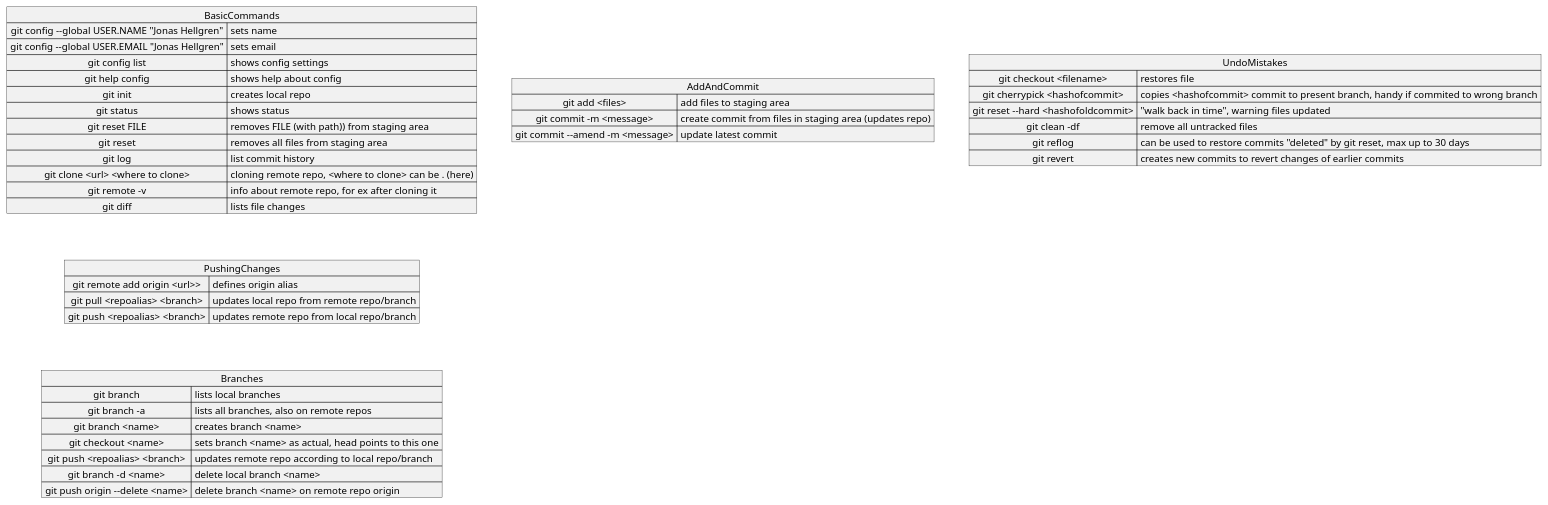
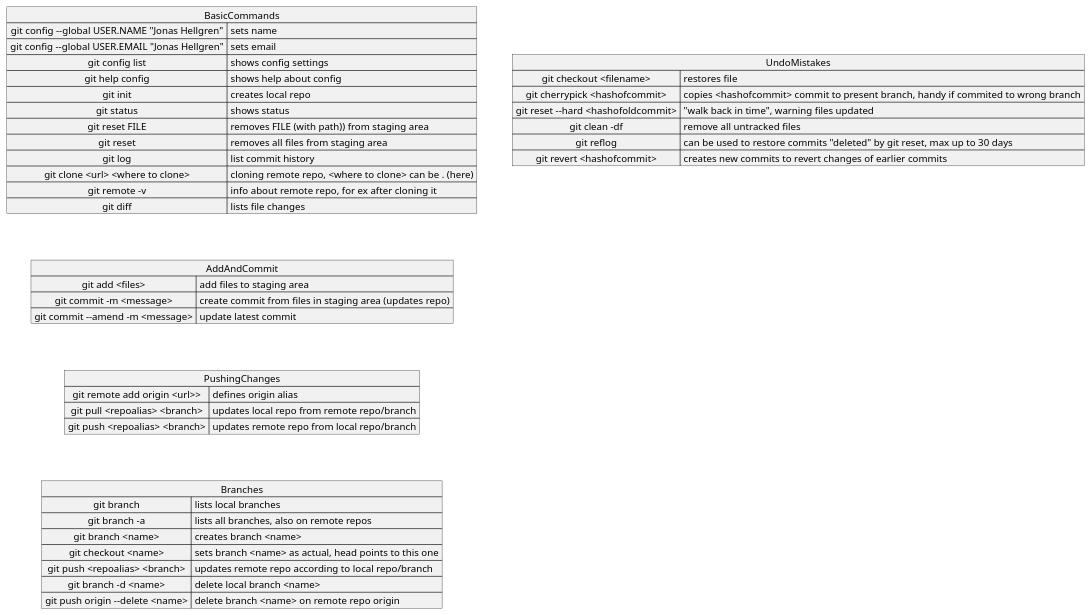
Before and after one commit to JonasHellgren/GitCommands: the diagram in src/documentation/GitCommands.puml, drawn with PlantUML.

Commit message:
Maybe final

```diff
--- a/src/documentation/GitCommands.puml
+++ b/src/documentation/GitCommands.puml
@@ -1,51 +1,53 @@
 @startuml
 map BasicCommands {
  git config --global USER.NAME "Jonas Hellgren" => sets name
  git config --global USER.EMAIL "Jonas Hellgren" => sets email
  git config list => shows config settings
  git help config  => shows help about config
  git init  => creates local repo
  git status  => shows status
  git reset FILE  => removes FILE (with path)) from staging area
  git reset   => removes all files from staging area
  git log   => list commit history
  git clone <url> <where to clone>  => cloning remote repo, <where to clone> can be . (here)
  git remote -v  => info about remote repo, for ex after cloning it
  git diff  => lists file changes
 }
 
 map AddAndCommit {
  git add <files>  => add files to staging area
  git commit -m <message>  => create commit from files in staging area (updates repo)
  git commit --amend -m <message>  => update latest commit
 }
 
 map PushingChanges {
  git remote add origin <url>>  => defines origin alias
  git pull <repoalias> <branch>  => updates local repo from remote repo/branch
  git push <repoalias> <branch>  => updates remote repo from local repo/branch
 }
 
 map Branches {
  git branch => lists local branches
  git branch -a  => lists all branches, also on remote repos
  git branch <name>  => creates branch <name>
  git checkout <name>  => sets branch <name> as actual, head points to this one
  git push <repoalias> <branch>  => updates remote repo according to local repo/branch
  git branch -d <name> => delete local branch <name>
  git push origin --delete <name> => delete branch <name> on remote repo origin
 }
 
 map UndoMistakes {
  git checkout <filename>  => restores file
  git cherrypick <hashofcommit>  => copies <hashofcommit> commit to present branch, handy if commited to wrong branch
  git reset --hard <hashofoldcommit>  => "walk back in time", warning files updated
  git clean -df  => remove all untracked files
  git reflog => can be used to restore commits "deleted" by git reset, max up to 30 days
- git revert  => creates new commits to revert changes of earlier commits
+ git revert <hashofcommit> => creates new commits to revert changes of earlier commits
 }
 
-BasicCommands --[hidden]> PushingChanges
+BasicCommands --[hidden]> AddAndCommit
+AddAndCommit --[hidden]> PushingChanges
 PushingChanges --[hidden]> Branches
+UndoMistakes --[hidden]> UndoMistakes
 
 @enduml
```
